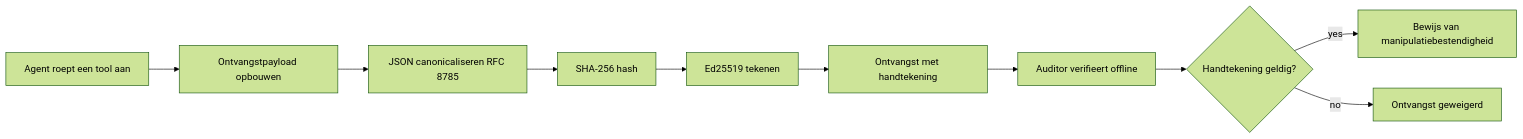
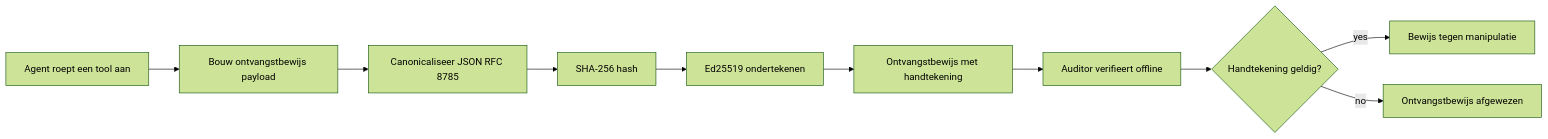
One commit to gabrielmoreira/agent-skills-mirror changed the first of 2 diagrams in mirrors/repos/microsoft@ai-agents-for-beginners/translations/nl/18-securing-ai-agents/README.md. Above: the diagram before and after it, drawn with Mermaid (forest theme). The commit also changed other lines of this file and 8886 other files, not shown here.

````diff
--- a/mirrors/repos/microsoft@ai-agents-for-beginners/translations/nl/18-securing-ai-agents/README.md
+++ b/mirrors/repos/microsoft@ai-agents-for-beginners/translations/nl/18-securing-ai-agents/README.md
@@ -51,12 +51,12 @@
 ```mermaid
 flowchart LR
-    A[Agent roept een tool aan] --> B[Ontvangstpayload opbouwen]
-    B --> C[JSON canonicaliseren RFC 8785]
+    A[Agent roept een tool aan] --> B[Bouw ontvangstbewijs payload]
+    B --> C[Canonicaliseer JSON RFC 8785]
     C --> D[SHA-256 hash]
-    D --> E[Ed25519 tekenen]
-    E --> F[Ontvangst met handtekening]
+    D --> E[Ed25519 ondertekenen]
+    E --> F[Ontvangstbewijs met handtekening]
     F --> G[Auditor verifieert offline]
     G --> H{Handtekening geldig?}
-    H -- yes --> I[Bewijs van manipulatiebestendigheid]
-    H -- no --> J[Ontvangst geweigerd]
+    H -- yes --> I[Bewijs tegen manipulatie]
+    H -- no --> J[Ontvangstbewijs afgewezen]
 ```
````
